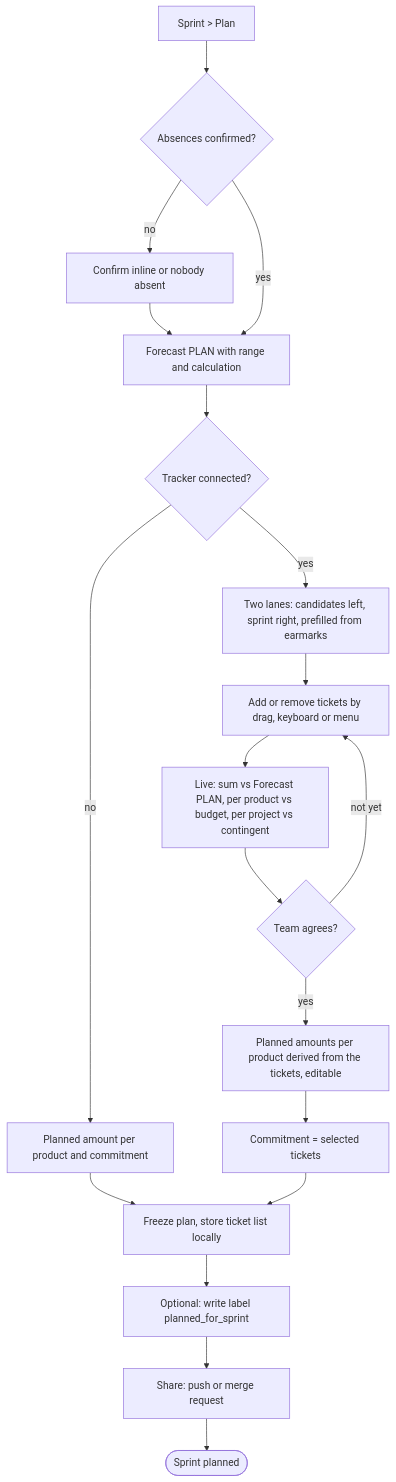
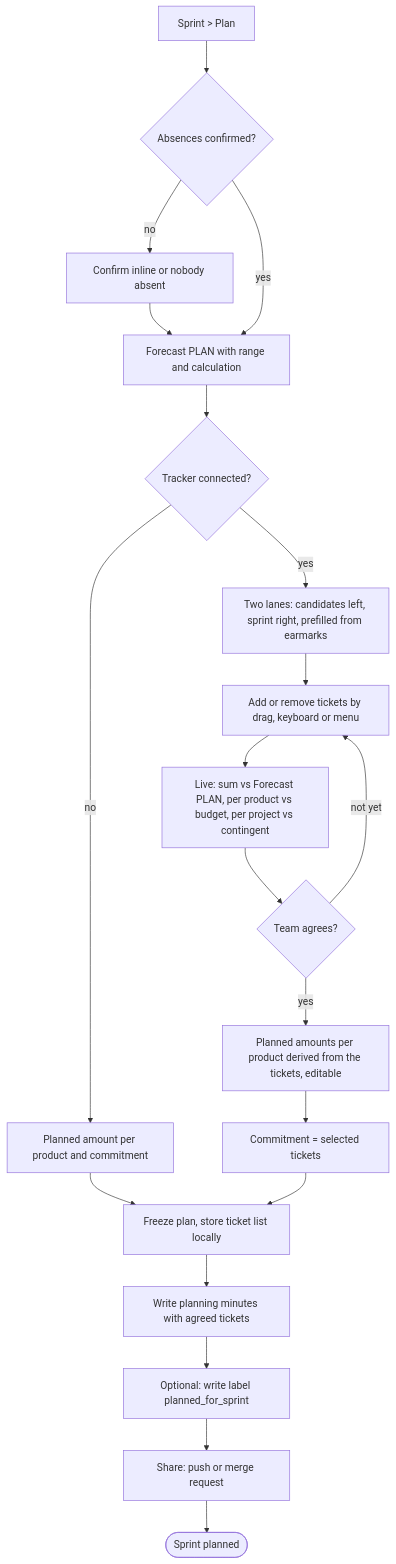
Before and after one commit to swallat/foresprint: the sixth of 10 diagrams in docs/redesign/flows.md, drawn with Mermaid. The commit also changed other lines of this file, not shown here.

First line of the commit message:
Keep sprint minutes: written on save, shown in the sprint workspace

````diff
--- a/docs/redesign/flows.md
+++ b/docs/redesign/flows.md
@@ -206,20 +207,21 @@
 ```mermaid
 flowchart TD
   S[Sprint > Plan] --> A{Absences confirmed?}
   A -- no --> A1[Confirm inline or nobody absent] --> F
   A -- yes --> F[Forecast PLAN with range and calculation]
   F --> T{Tracker connected?}
   T -- no --> P[Planned amount per product and commitment]
   T -- yes --> L[Two lanes: candidates left, sprint right, prefilled from earmarks]
   L --> M[Add or remove tickets by drag, keyboard or menu]
   M --> G[Live: sum vs Forecast PLAN, per product vs budget, per project vs contingent]
   G --> Q{Team agrees?}
   Q -- not yet --> M
   Q -- yes --> P2[Planned amounts per product derived from the tickets, editable]
   P2 --> C[Commitment = selected tickets]
   P --> Z
   C --> Z[Freeze plan, store ticket list locally]
-  Z --> W[Optional: write label planned_for_sprint]
+  Z --> MN[Write planning minutes with agreed tickets]
+  MN --> W[Optional: write label planned_for_sprint]
   W --> SH[Share: push or merge request]
   SH --> D([Sprint planned])
 ```
````
